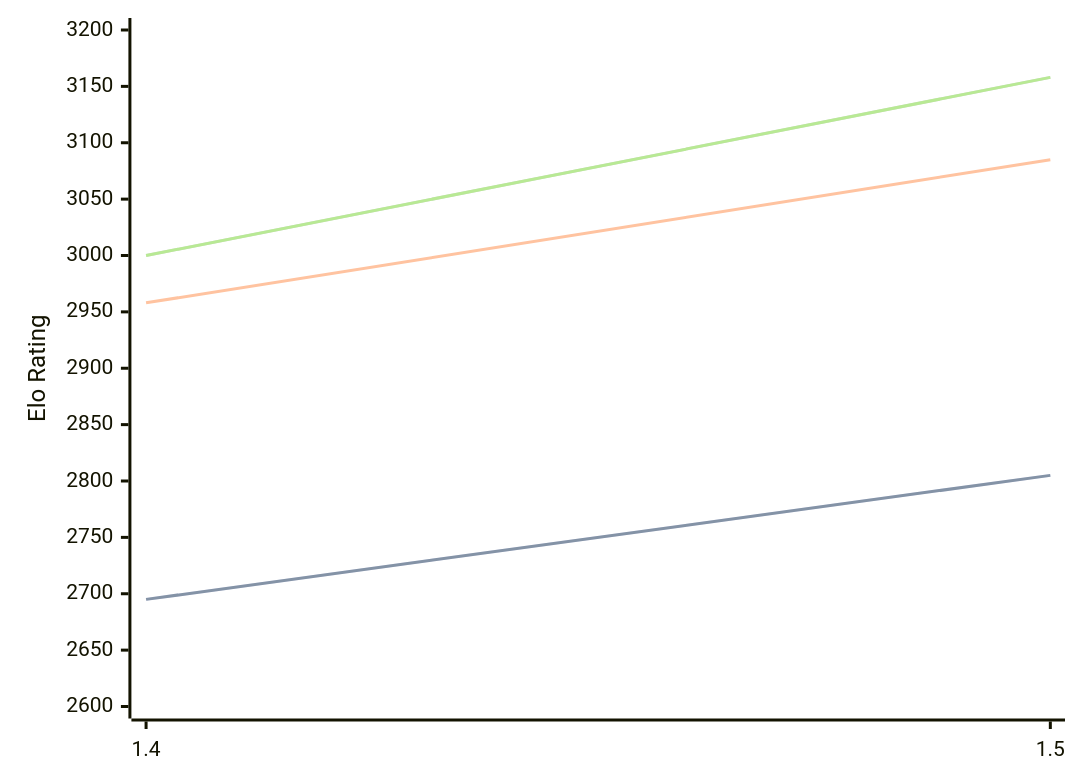
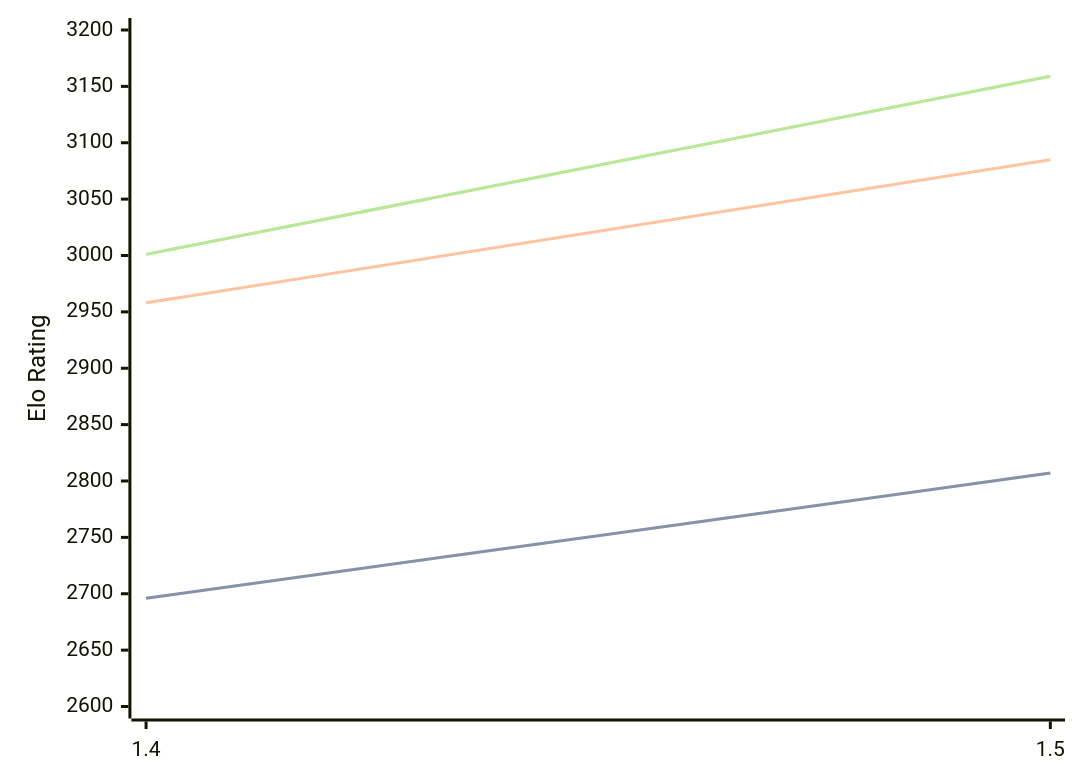
The diagram in engines/Yakka.md (computer-chess-index/cci), drawn with Mermaid before and after one commit. The commit also changed other lines of this file, not shown here.

Commit message:
Update CCI Ratings (ELO VLTC) - 2026-02-15

````diff
--- a/engines/Yakka.md
+++ b/engines/Yakka.md
@@ -33,11 +33,11 @@
 ```mermaid
 %%{init: {"theme":"base","themeVariables":{"seriesColors:['#a3a3a3','#222221','#faa371']}}}%%
 xychart-beta
   x-axis ["1.4", "1.5"]
   y-axis "Elo Rating" 2600 --> 3200
-  line "STC (8.0+0.08s)" [2695, 2805]
-  line "STC (8.0+0.08s)" [2695, 2805]
+  line "STC (8.0+0.08s)" [2696, 2807]
+  line "STC (8.0+0.08s)" [2696, 2807]
   line "LTC (60.0+0.60s)" [2958, 3085]
-  line "VLTC (2m24s+1.12s)" [3000, 3158]
-  line "VLTC (2m24s+1.12s)" [3000, 3158]
+  line "VLTC (2m24s+1.12s)" [3001, 3159]
+  line "VLTC (2m24s+1.12s)" [3001, 3159]
 ```
````
